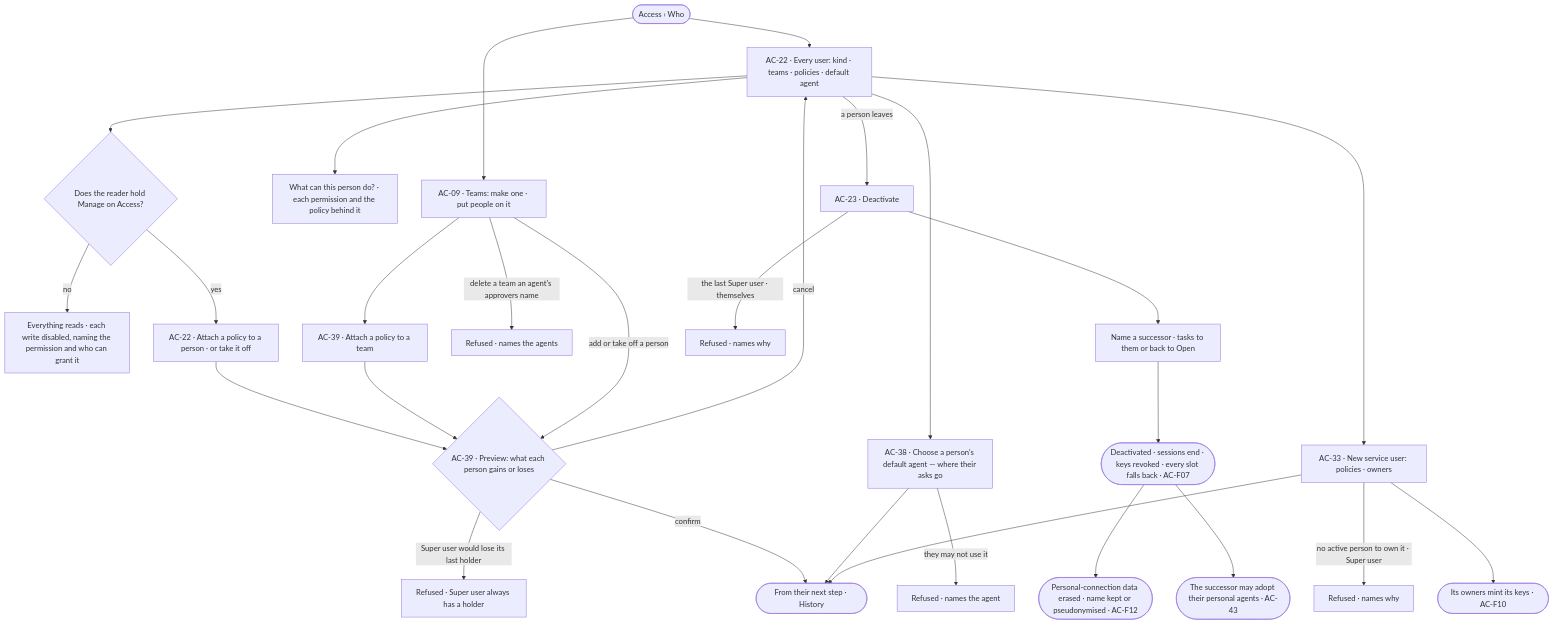
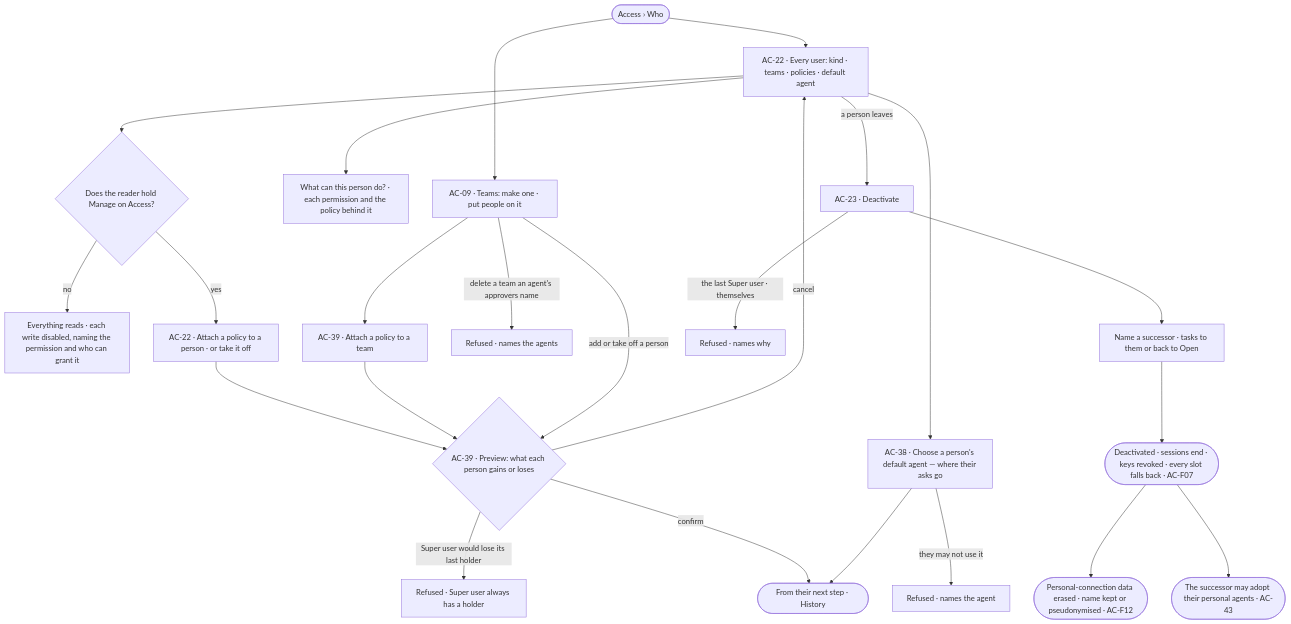
One commit to invana/invana changed the diagram in specs/os/access/features/AC-F03-directory/feature.md. Above: the diagram before and after it, drawn with Mermaid. The commit also changed other lines of this file and 40 other files, not shown here.

First line of the commit message:
docs(specs): remove service users; keys belong to a person or a project

````diff
--- a/specs/os/access/features/AC-F03-directory/feature.md
+++ b/specs/os/access/features/AC-F03-directory/feature.md
@@ -27,30 +27,26 @@
 ```mermaid
 flowchart TD
   start([Access › Who]) --> users["AC-22 · Every user: kind · teams · policies · default agent"]
   users --> who{"Does the reader hold Manage on Access?"}
   who -->|no| ro["Everything reads · each write disabled, naming the permission and who can grant it"]
   who -->|yes| grant["AC-22 · Attach a policy to a person · or take it off"]
   users --> eff["What can this person do? · each permission and the policy behind it"]
   start --> teams["AC-09 · Teams: make one · put people on it"]
   teams --> tgrant["AC-39 · Attach a policy to a team"]
   grant --> prev{"AC-39 · Preview: what each person gains or loses"}
   tgrant --> prev
   teams -->|add or take off a person| prev
   prev -->|Super user would lose its last holder| last["Refused · Super user always has a holder"]
   prev -->|confirm| saved(["From their next step · History"])
   prev -->|cancel| users
   users --> def["AC-38 · Choose a person's default agent — where their asks go"]
   def -->|they may not use it| defr["Refused · names the agent"]
   def --> saved
   teams -->|delete a team an agent's approvers name| held["Refused · names the agents"]
   users -->|a person leaves| deact["AC-23 · Deactivate"]
   deact --> succ["Name a successor · tasks to them or back to Open"]
   succ --> off(["Deactivated · sessions end · keys revoked · every slot falls back · AC-F07"])
   off --> keep(["Personal-connection data erased · name kept or pseudonymised · AC-F12"])
   off --> adopt(["The successor may adopt their personal agents · AC-43"])
   deact -->|the last Super user · themselves| refd["Refused · names why"]
-  users --> svc["AC-33 · New service user: policies · owners"]
-  svc -->|no active person to own it · Super user| svr["Refused · names why"]
-  svc --> saved
-  svc --> keys(["Its owners mint its keys · AC-F10"])
 ```
````
